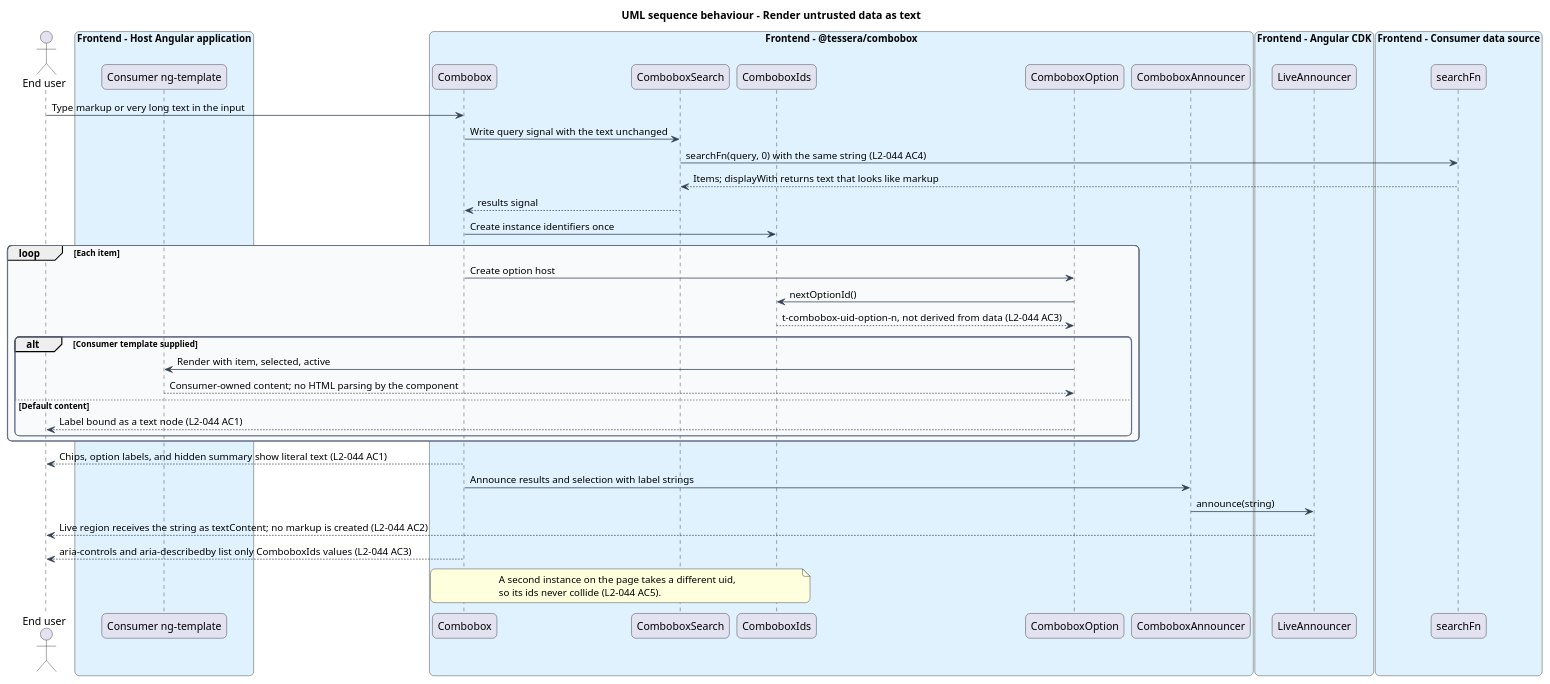
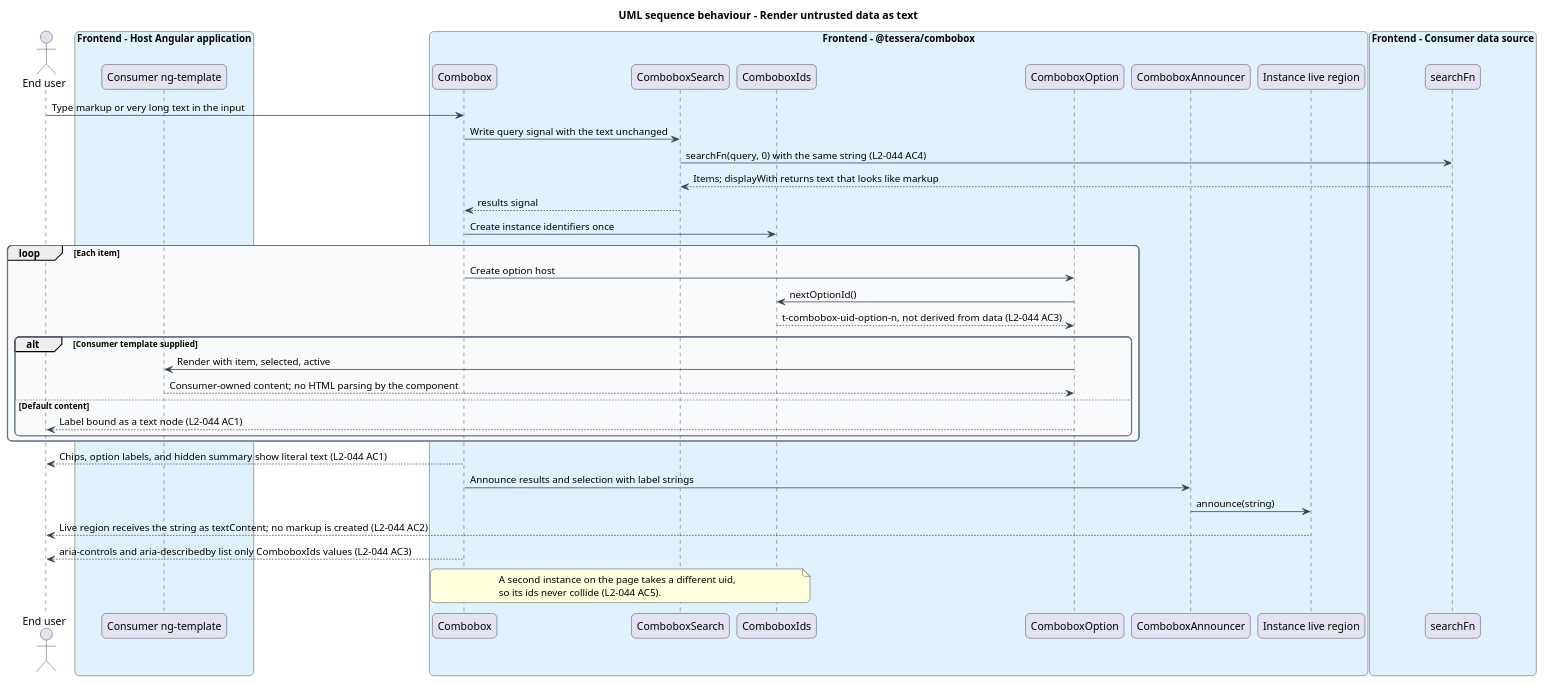
The diagram in docs/detailed-designs/combobox/secure-and-perform/diagrams/sequence-render-untrusted.puml (QuinntyneBrown/Tessera), drawn with PlantUML before and after one commit. The commit also changed 80 other files, not shown here.

Commit message:
docs: align combobox designs diagrams and mock behavior

```diff
--- a/docs/detailed-designs/combobox/secure-and-perform/diagrams/sequence-render-untrusted.puml
+++ b/docs/detailed-designs/combobox/secure-and-perform/diagrams/sequence-render-untrusted.puml
@@ -1,61 +1,59 @@
 @startuml
 title UML sequence behaviour - Render untrusted data as text
 skinparam backgroundColor #FFFFFF
 skinparam shadowing false
 skinparam roundcorner 12
 skinparam defaultFontName Arial
 skinparam ArrowColor #344054
 skinparam rectangle {
   BorderColor #344054
   FontColor #101828
 }
 skinparam package {
   BorderColor #667085
   FontColor #101828
   BackgroundColor #F9FAFB
 }
 actor "End user" as user
 box "Frontend - Host Angular application" #E0F2FE
   participant "Consumer ng-template" as tpl
 end box
 box "Frontend - @tessera/combobox" #E0F2FE
   participant "Combobox" as cb
   participant "ComboboxSearch" as search
   participant "ComboboxIds" as ids
   participant "ComboboxOption" as opt
   participant "ComboboxAnnouncer" as ann
-end box
-box "Frontend - Angular CDK" #E0F2FE
-  participant "LiveAnnouncer" as live
+  participant "Instance live region" as live
 end box
 box "Frontend - Consumer data source" #E0F2FE
   participant "searchFn" as src
 end box
 
 user -> cb : Type markup or very long text in the input
 cb -> search : Write query signal with the text unchanged
 search -> src : searchFn(query, 0) with the same string (L2-044 AC4)
 src --> search : Items; displayWith returns text that looks like markup
 search --> cb : results signal
 cb -> ids : Create instance identifiers once
 loop Each item
   cb -> opt : Create option host
   opt -> ids : nextOptionId()
   ids --> opt : t-combobox-uid-option-n, not derived from data (L2-044 AC3)
   alt Consumer template supplied
     opt -> tpl : Render with item, selected, active
     tpl --> opt : Consumer-owned content; no HTML parsing by the component
   else Default content
     opt --> user : Label bound as a text node (L2-044 AC1)
   end
 end
 cb --> user : Chips, option labels, and hidden summary show literal text (L2-044 AC1)
 cb -> ann : Announce results and selection with label strings
 ann -> live : announce(string)
 live --> user : Live region receives the string as textContent; no markup is created (L2-044 AC2)
 cb --> user : aria-controls and aria-describedby list only ComboboxIds values (L2-044 AC3)
 note over cb, ids
   A second instance on the page takes a different uid,
   so its ids never collide (L2-044 AC5).
 end note
 @enduml
```
